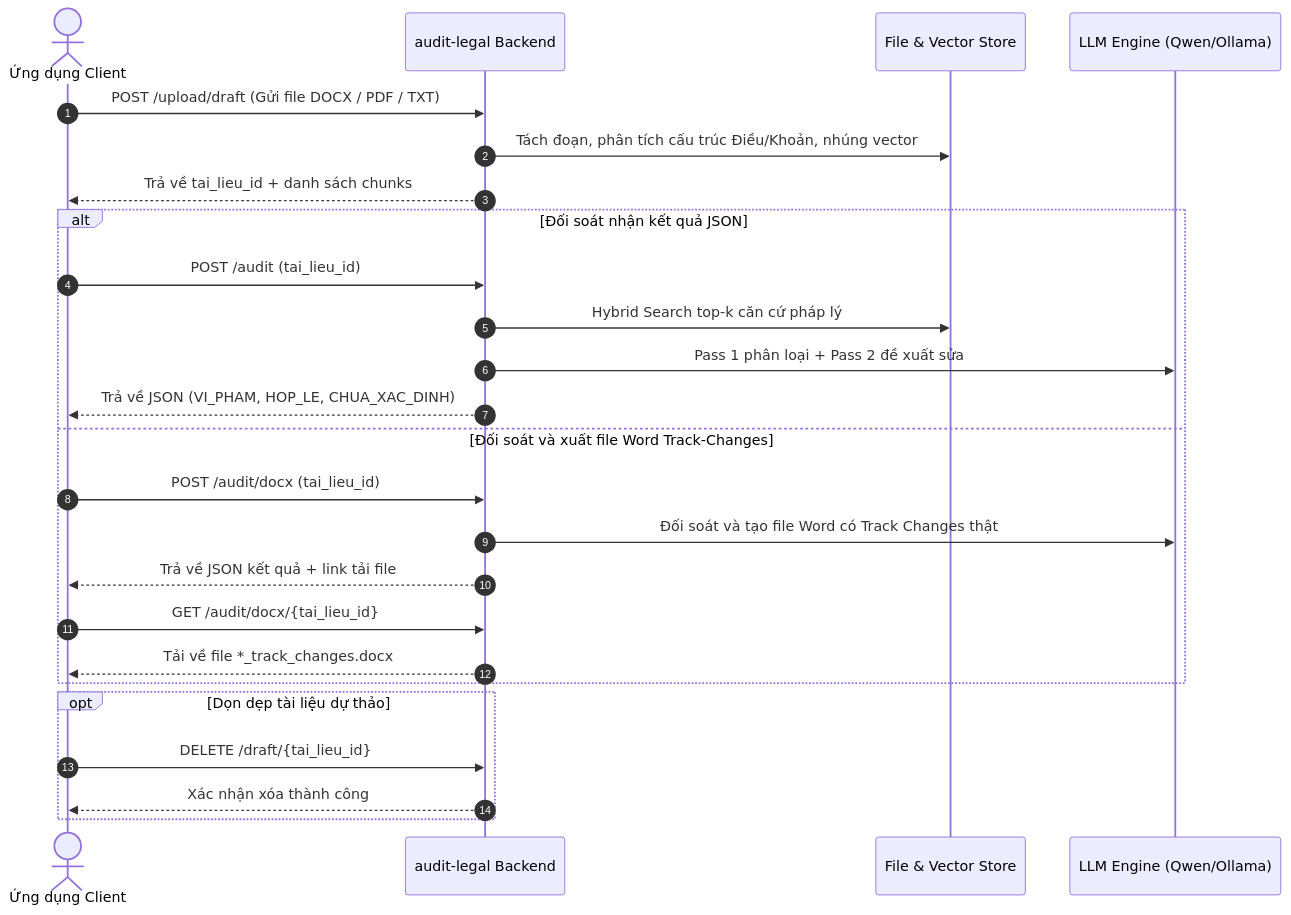
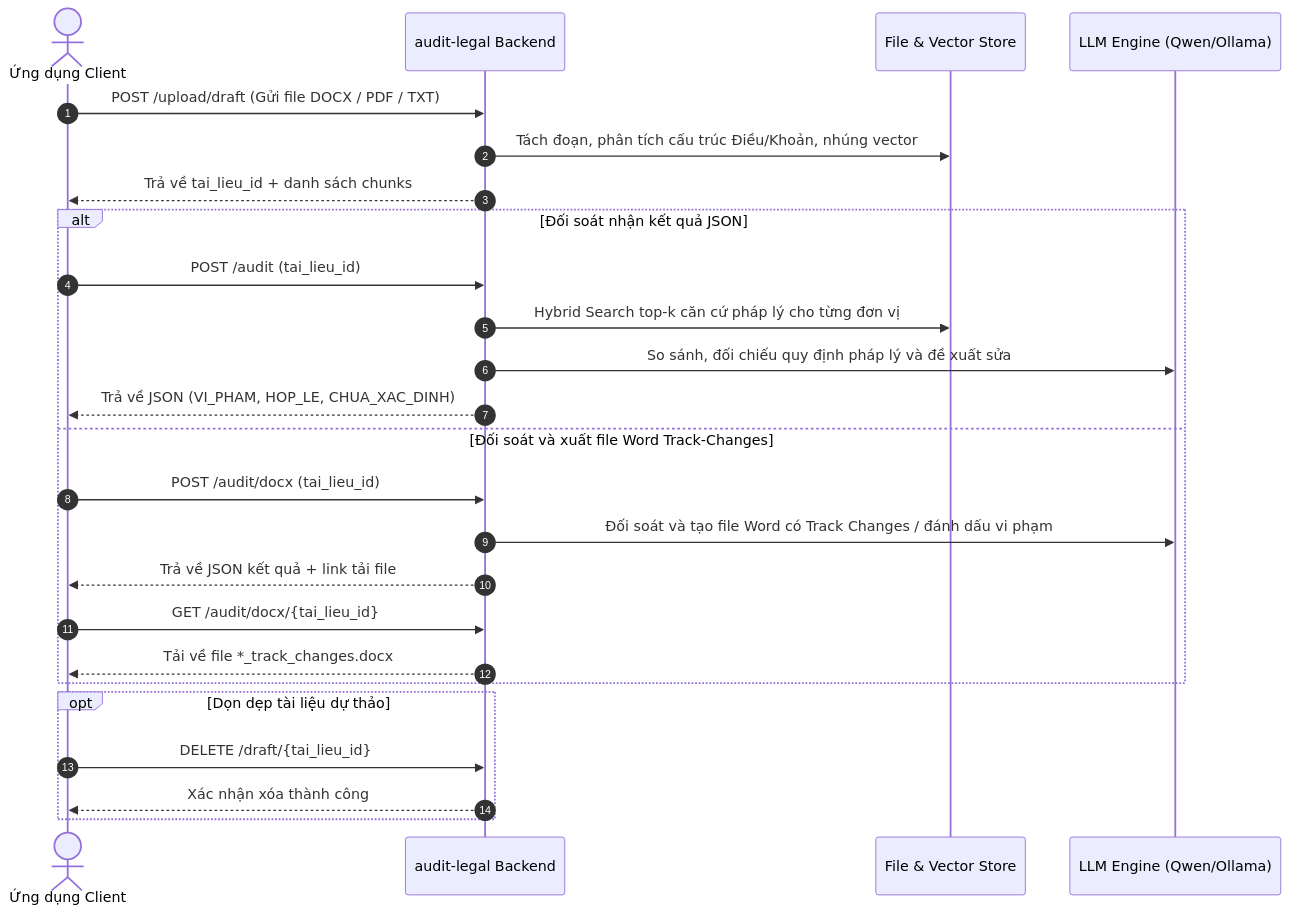
The diagram in API_INTEGRATION.md (pvhung05/ai-semantic-search-legal-audit), drawn with Mermaid before and after one commit. The commit also changed other lines of this file, not shown here.

Commit message:
[fix]: chuan hoa tai lieu tich hop api chinh xac theo code tren nhanh main

````diff
--- a/API_INTEGRATION.md
+++ b/API_INTEGRATION.md
@@ -26,30 +26,30 @@
 ```mermaid
 sequenceDiagram
     autonumber
     actor Client as Ứng dụng Client
     participant API as audit-legal Backend
     participant Storage as File & Vector Store
     participant LLM as LLM Engine (Qwen/Ollama)
 
     Client->>API: POST /upload/draft (Gửi file DOCX / PDF / TXT)
     API->>Storage: Tách đoạn, phân tích cấu trúc Điều/Khoản, nhúng vector
     API-->>Client: Trả về tai_lieu_id + danh sách chunks
     
     alt Đối soát nhận kết quả JSON
         Client->>API: POST /audit (tai_lieu_id)
-        API->>Storage: Hybrid Search top-k căn cứ pháp lý
-        API->>LLM: Pass 1 phân loại + Pass 2 đề xuất sửa
+        API->>Storage: Hybrid Search top-k căn cứ pháp lý cho từng đơn vị
+        API->>LLM: So sánh, đối chiếu quy định pháp lý và đề xuất sửa
         API-->>Client: Trả về JSON (VI_PHAM, HOP_LE, CHUA_XAC_DINH)
     else Đối soát và xuất file Word Track-Changes
         Client->>API: POST /audit/docx (tai_lieu_id)
-        API->>LLM: Đối soát và tạo file Word có Track Changes thật
+        API->>LLM: Đối soát và tạo file Word có Track Changes / đánh dấu vi phạm
         API-->>Client: Trả về JSON kết quả + link tải file
         Client->>API: GET /audit/docx/{tai_lieu_id}
         API-->>Client: Tải về file *_track_changes.docx
     end
 
     opt Dọn dẹp tài liệu dự thảo
         Client->>API: DELETE /draft/{tai_lieu_id}
         API-->>Client: Xác nhận xóa thành công
     end
 ```
````
